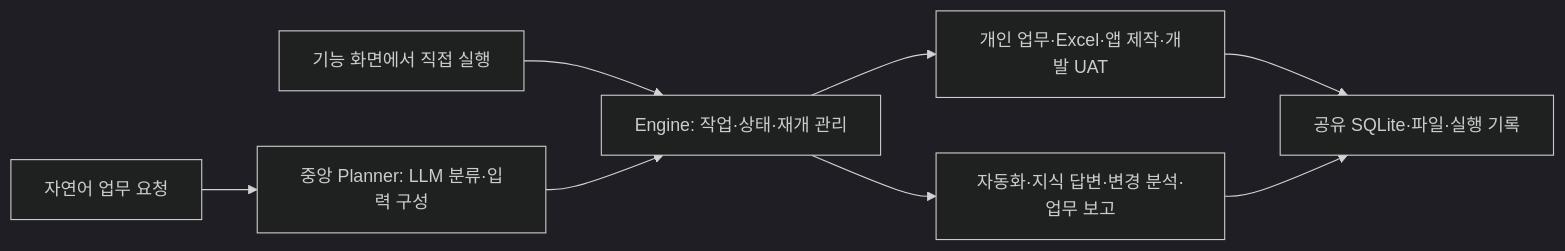
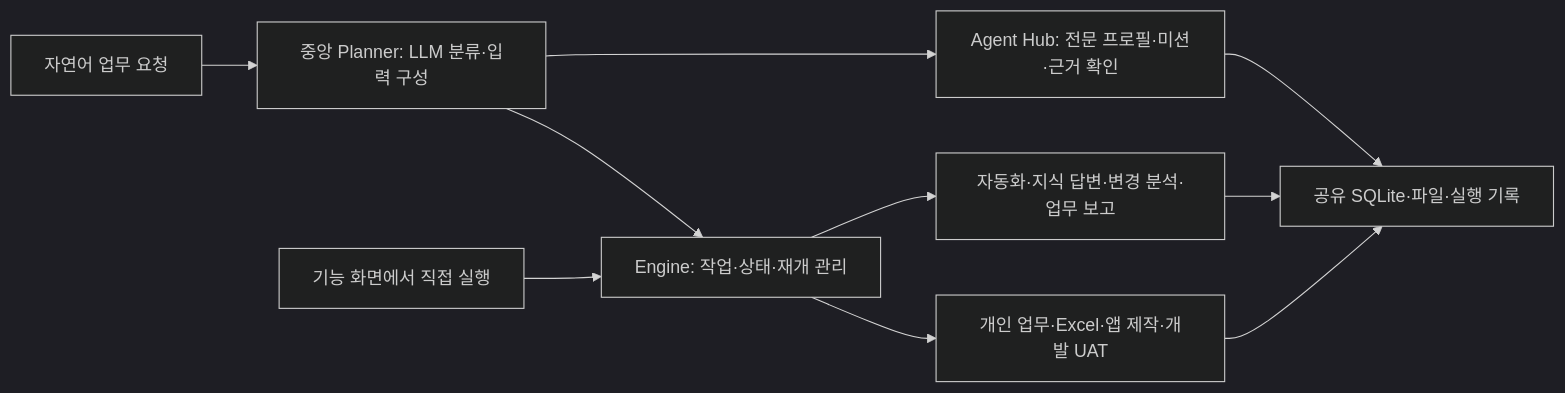
One commit to Sagytic/workmate changed the diagram in README.md. Above: the diagram before and after it, drawn with Mermaid (dark theme). The commit also changed other lines of this file and 26 other files, not shown here.

````diff
--- a/README.md
+++ b/README.md
@@ -125,10 +155,12 @@
 ```mermaid
 flowchart LR
   U[자연어 업무 요청] --> P[중앙 Planner: LLM 분류·입력 구성]
   F[기능 화면에서 직접 실행] --> E[Engine: 작업·상태·재개 관리]
   P --> E
+  P --> H[Agent Hub: 전문 프로필·미션·근거 확인]
+  H --> S
   E --> A[개인 업무·Excel·앱 제작·개발 UAT]
   E --> B[자동화·지식 답변·변경 분석·업무 보고]
   A --> S[공유 SQLite·파일·실행 기록]
   B --> S
 ```
````
